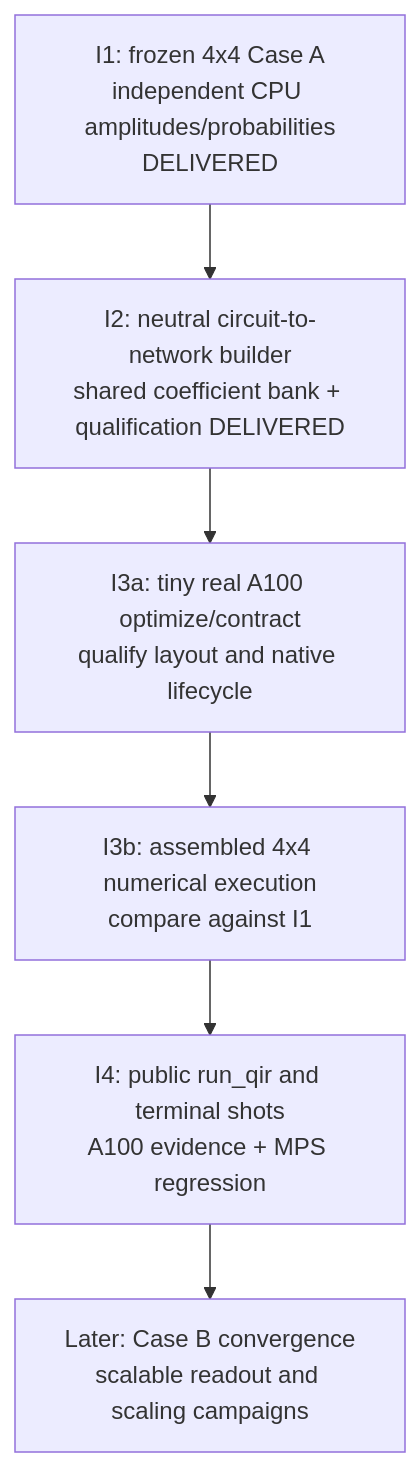
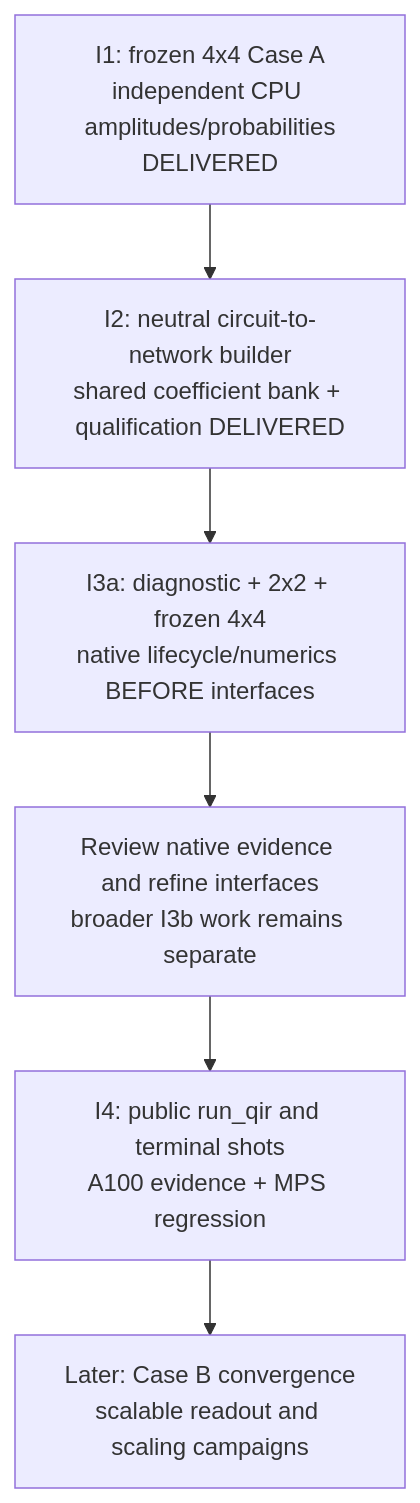
The second of 2 diagrams in samples/python_interop/ising2d_tensor_network_demo/Ising2D.md (microsoft/qdk), drawn with Mermaid before and after one commit. The commit also changed other lines of this file and 32 other files, not shown here.

````diff
--- a/samples/python_interop/ising2d_tensor_network_demo/Ising2D.md
+++ b/samples/python_interop/ising2d_tensor_network_demo/Ising2D.md
@@ -400,9 +452,9 @@
 ```mermaid
 flowchart TB
     Input["I1: frozen 4x4 Case A<br/>independent CPU amplitudes/probabilities<br/>DELIVERED"] --> Graph
     Graph["I2: neutral circuit-to-network builder<br/>shared coefficient bank + qualification DELIVERED"] --> Tiny
-    Tiny["I3a: tiny real A100 optimize/contract<br/>qualify layout and native lifecycle"] --> Full
-    Full["I3b: assembled 4x4 numerical execution<br/>compare against I1"] --> Wire
+    Tiny["I3a: diagnostic + 2x2 + frozen 4x4<br/>native lifecycle/numerics BEFORE interfaces"] --> Full
+    Full["Review native evidence and refine interfaces<br/>broader I3b work remains separate"] --> Wire
     Wire["I4: public run_qir and terminal shots<br/>A100 evidence + MPS regression"] --> Later
     Later["Later: Case B convergence<br/>scalable readout and scaling campaigns"]
 ```
````
